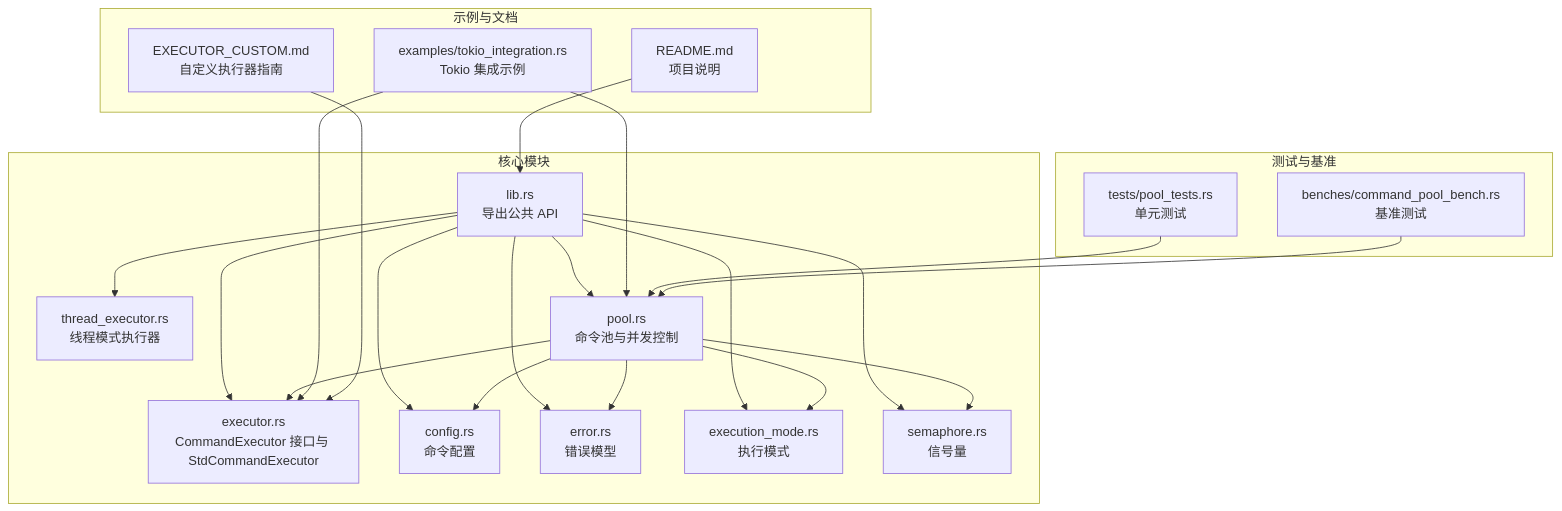
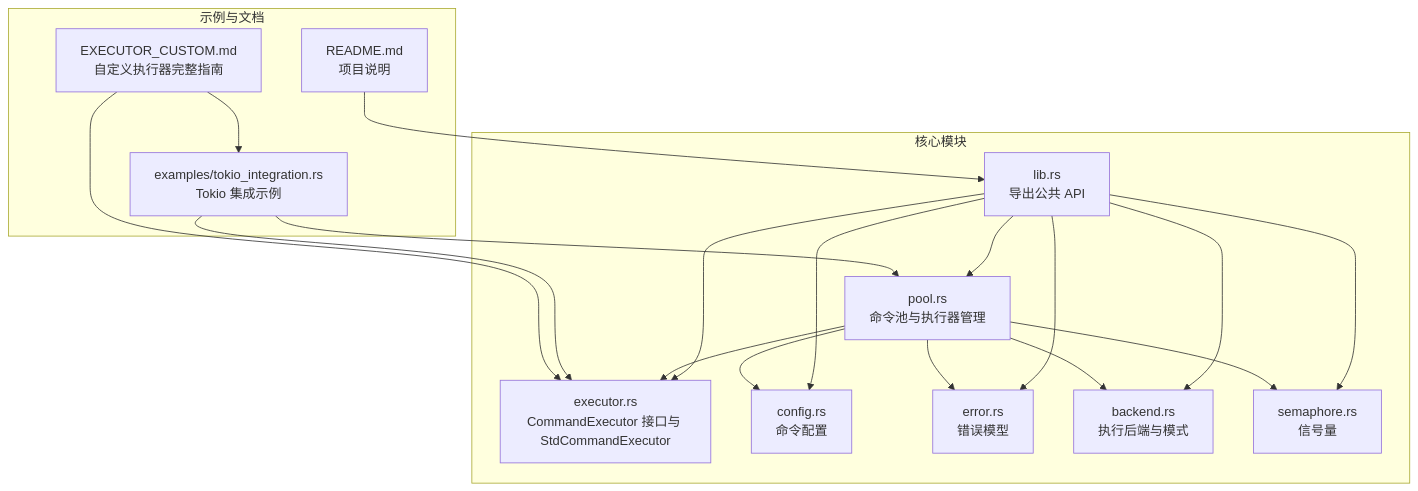
The first of 6 diagrams in .qoder/repowiki/zh/content/执行器系统/自定义执行器开发.md (xcry2006/execute), drawn with Mermaid before and after one commit. The commit also changed other lines of this file and 6 other files, not shown here.

````diff
--- a/.qoder/repowiki/zh/content/执行器系统/自定义执行器开发.md
+++ b/.qoder/repowiki/zh/content/执行器系统/自定义执行器开发.md
@@ -48,40 +50,33 @@
 ```mermaid
 graph TB
 subgraph "核心模块"
 L["lib.rs<br/>导出公共 API"]
 E["executor.rs<br/>CommandExecutor 接口与 StdCommandExecutor"]
-TE["thread_executor.rs<br/>线程模式执行器"]
-P["pool.rs<br/>命令池与并发控制"]
+P["pool.rs<br/>命令池与执行器管理"]
 C["config.rs<br/>命令配置"]
 ER["error.rs<br/>错误模型"]
-EM["execution_mode.rs<br/>执行模式"]
+B["backend.rs<br/>执行后端与模式"]
 S["semaphore.rs<br/>信号量"]
 end
 subgraph "示例与文档"
 EX["examples/tokio_integration.rs<br/>Tokio 集成示例"]
-DOC["EXECUTOR_CUSTOM.md<br/>自定义执行器指南"]
+DOC["EXECUTOR_CUSTOM.md<br/>自定义执行器完整指南"]
 R["README.md<br/>项目说明"]
 end
-subgraph "测试与基准"
-T["tests/pool_tests.rs<br/>单元测试"]
-B["benches/command_pool_bench.rs<br/>基准测试"]
-end
 L --> E
-L --> TE
 L --> P
 L --> C
 L --> ER
-L --> EM
+L --> B
 L --> S
 P --> E
+P --> B
 P --> S
-P --> EM
 P --> C
 P --> ER
 EX --> E
 EX --> P
 DOC --> E
+DOC --> EX
 R --> L
-T --> P
-B --> P
 ```
````
